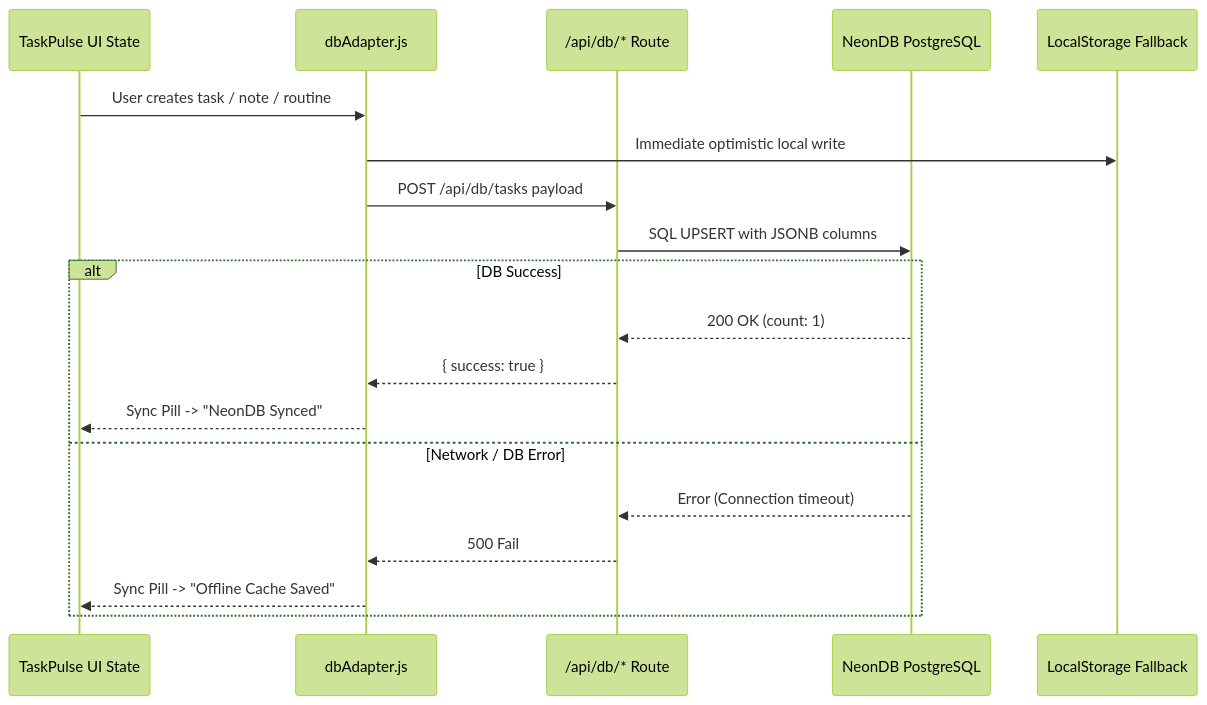
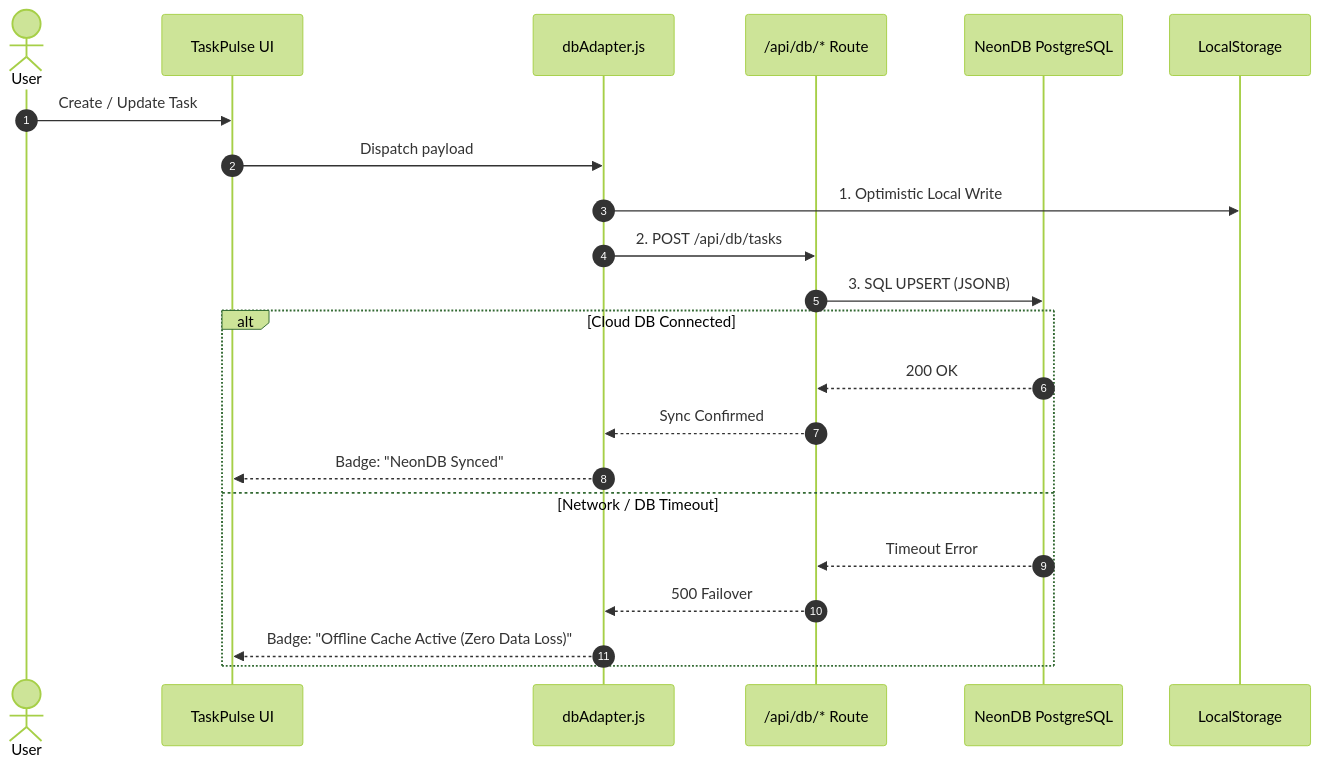
The second of 3 diagrams in docs/TECH_STACK.md (tiwari17aditya/taskpulse), drawn with Mermaid (forest theme) before and after one commit. The commit also changed other lines of this file, not shown here.

Commit message:
docs: install real-time Mermaid preview extension and format diagrams for live real-time rendering

````diff
--- a/docs/TECH_STACK.md
+++ b/docs/TECH_STACK.md
@@ -132,22 +122,25 @@
 ```mermaid
 sequenceDiagram
-    participant UI as TaskPulse UI State
+    autonumber
+    actor User as User
+    participant UI as TaskPulse UI
     participant Adapter as dbAdapter.js
     participant API as /api/db/* Route
     participant DB as NeonDB PostgreSQL
-    participant LS as LocalStorage Fallback
+    participant LS as LocalStorage
 
-    UI->>Adapter: User creates task / note / routine
-    Adapter->>LS: Immediate optimistic local write
-    Adapter->>API: POST /api/db/tasks payload
-    API->>DB: SQL UPSERT with JSONB columns
-    alt DB Success
-        DB-->>API: 200 OK (count: 1)
-        API-->>Adapter: { success: true }
-        Adapter-->>UI: Sync Pill -> "NeonDB Synced"
-    else Network / DB Error
-        DB-->>API: Error (Connection timeout)
-        API-->>Adapter: 500 Fail
-        Adapter-->>UI: Sync Pill -> "Offline Cache Saved"
+    User->>UI: Create / Update Task
+    UI->>Adapter: Dispatch payload
+    Adapter->>LS: 1. Optimistic Local Write
+    Adapter->>API: 2. POST /api/db/tasks
+    API->>DB: 3. SQL UPSERT (JSONB)
+    alt Cloud DB Connected
+        DB-->>API: 200 OK
+        API-->>Adapter: Sync Confirmed
+        Adapter-->>UI: Badge: "NeonDB Synced"
+    else Network / DB Timeout
+        DB-->>API: Timeout Error
+        API-->>Adapter: 500 Failover
+        Adapter-->>UI: Badge: "Offline Cache Active (Zero Data Loss)"
     end
 ```
````
